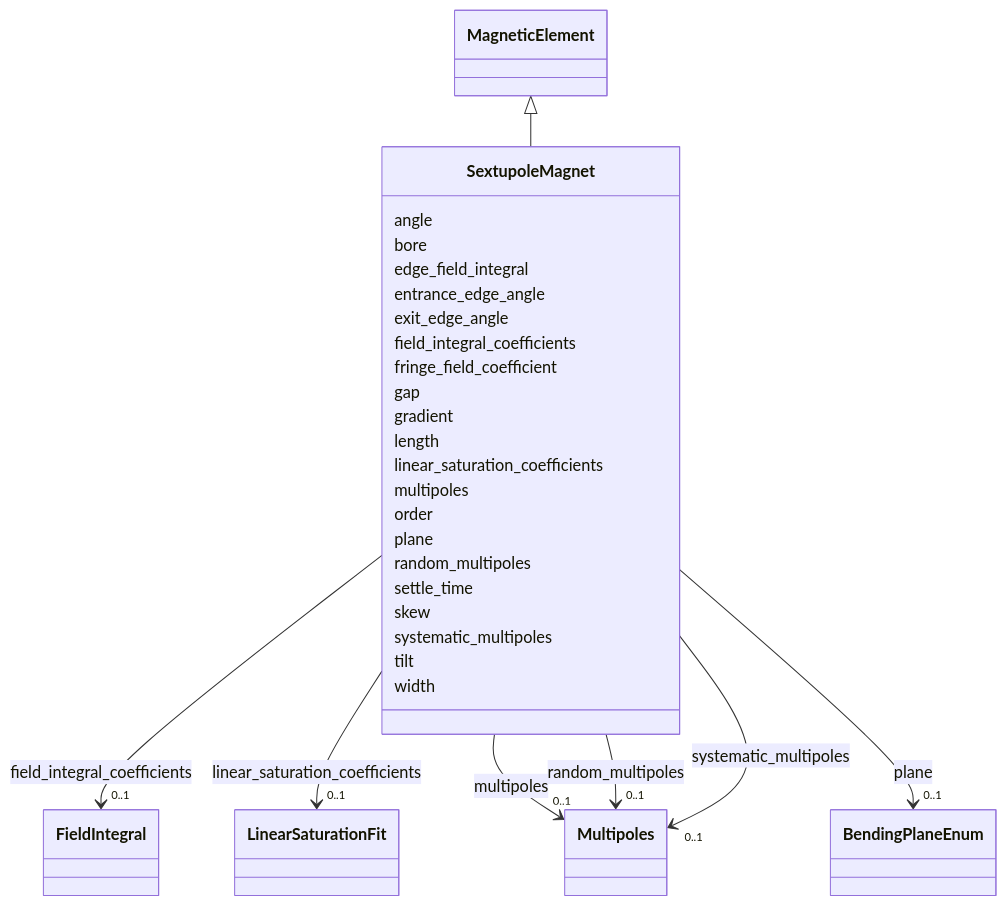
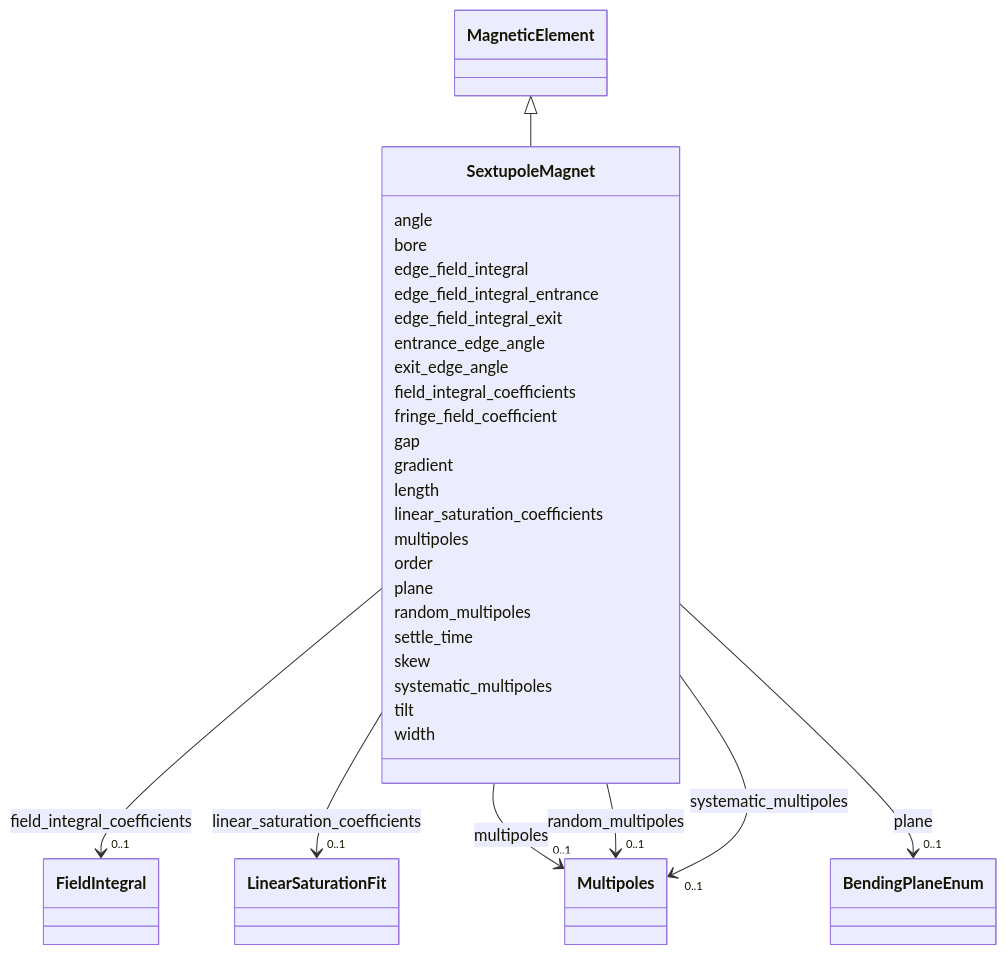
The diagram in docs/source/schema/SextupoleMagnet.md (astec-stfc/laura), drawn with Mermaid before and after one commit. The commit also changed other lines of this file and 292 other files, not shown here.

```diff
--- a/docs/source/schema/SextupoleMagnet.md
+++ b/docs/source/schema/SextupoleMagnet.md
@@ -27,6 +27,10 @@
       SextupoleMagnet : bore
         
       SextupoleMagnet : edge_field_integral
+        
+      SextupoleMagnet : edge_field_integral_entrance
+        
+      SextupoleMagnet : edge_field_integral_exit
         
       SextupoleMagnet : entrance_edge_angle
         
```
